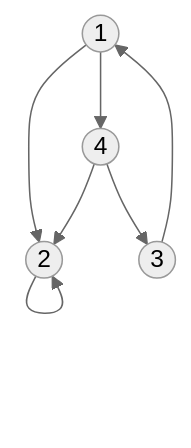
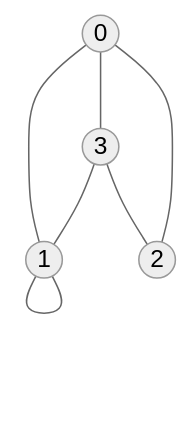
Before and after one commit to YCChenVictor/blog-frontend: the diagram in _posts/software/data_structure_and_algorithm/2023-03-19-graph.md, drawn with Mermaid (neutral theme). The commit also changed other lines of this file and 20 other files, not shown here.

```diff
--- a/_posts/software/data_structure_and_algorithm/2023-03-19-graph.md
+++ b/_posts/software/data_structure_and_algorithm/2023-03-19-graph.md
@@ -37,9 +28,9 @@
 <div class="mermaid">
 flowchart TD
-    id1((1)) --> id2((2))
-    id4((4)) --> id2((2))
-    id4((4)) --> id3((3))
-    id1((1)) --> id4((4))
-    id3((3)) --> id1((1))
-    id2((2)) --> id2((2))
+    id1((0)) --- id2((1))
+    id4((3)) --- id2((1))
+    id4((3)) --- id3((2))
+    id1((0)) --- id4((3))
+    id3((2)) --- id1((0))
+    id2((1)) --- id2((1))
 </div>
```
